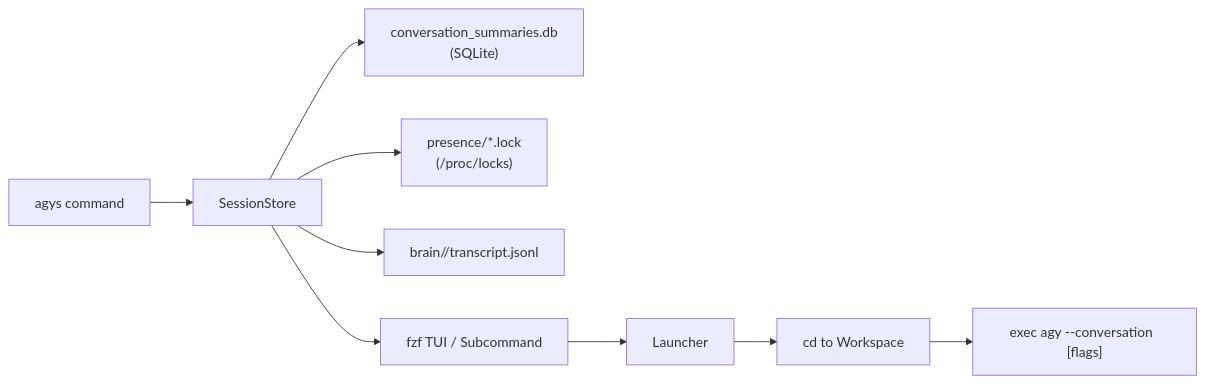
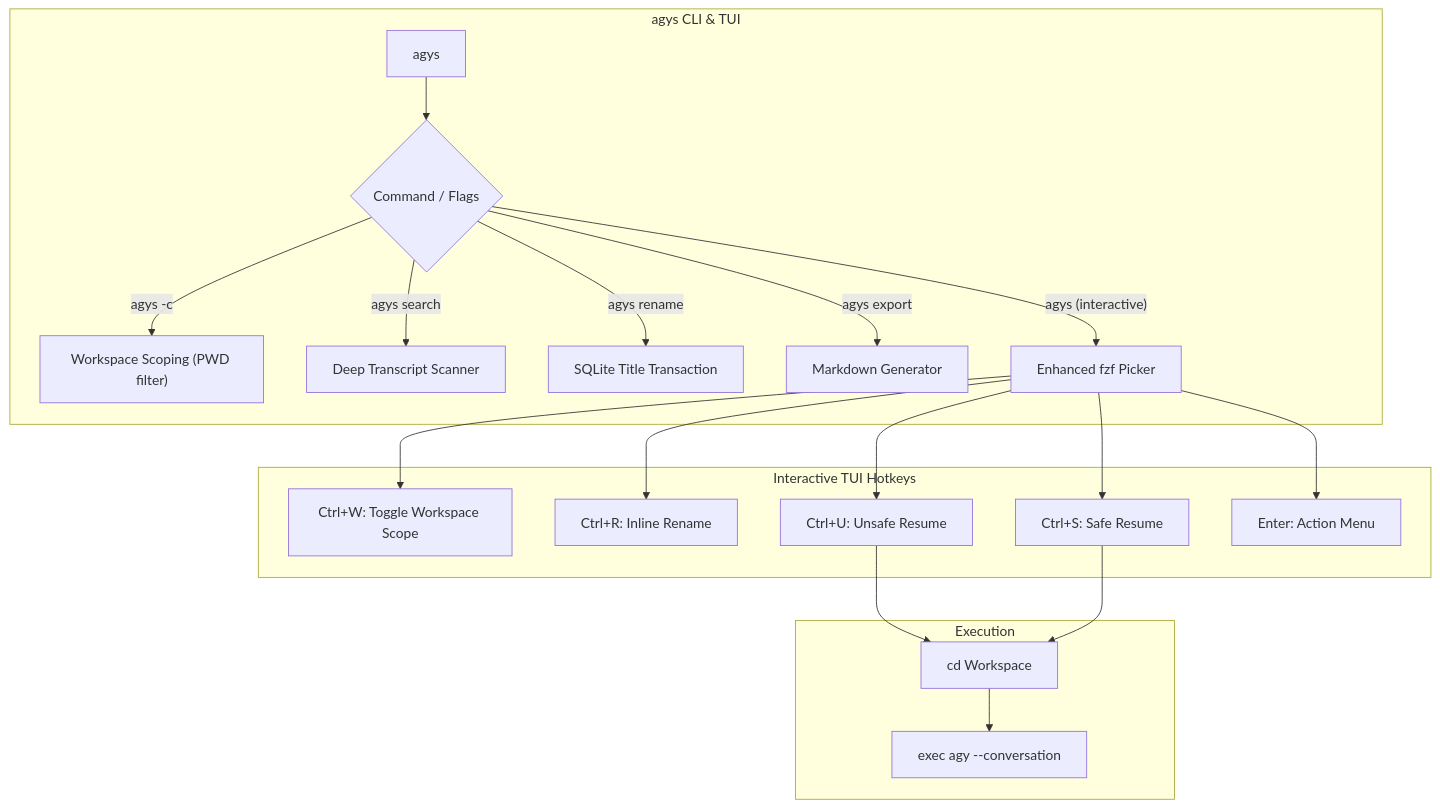
One commit to kdrai512/agy-sessions changed the diagram in README.md. Above: the diagram before and after it, drawn with Mermaid. The commit also changed other lines of this file and 6 other files, not shown here.

Commit message:
feat: implement workspace scoping, deep search, renaming, markdown export, and desktop spotlight

````diff
--- a/README.md
+++ b/README.md
@@ -178,11 +220,23 @@
 ```mermaid
-flowchart LR
-    A["agys command"] --> B["SessionStore"]
-    B --> C["conversation_summaries.db\n(SQLite)"]
-    B --> D["presence/*.lock\n(/proc/locks)"]
-    B --> E["brain/<id>/transcript.jsonl"]
-    B --> F["fzf TUI / Subcommand"]
-    F --> G["Launcher"]
-    G --> H["cd to Workspace"]
-    H --> I["exec agy --conversation <id> [flags]"]
+flowchart TD
+    subgraph CLI ["agys CLI & TUI"]
+        A["agys"] --> B{"Command / Flags"}
+        B -- "agys -c" --> C["Workspace Scoping (PWD filter)"]
+        B -- "agys search" --> D["Deep Transcript Scanner"]
+        B -- "agys rename" --> E["SQLite Title Transaction"]
+        B -- "agys export" --> F["Markdown Generator"]
+        B -- "agys (interactive)" --> G["Enhanced fzf Picker"]
+    end
+
+    subgraph Hotkeys ["Interactive TUI Hotkeys"]
+        G --> H["Ctrl+W: Toggle Workspace Scope"]
+        G --> I["Ctrl+R: Inline Rename"]
+        G --> J["Ctrl+U: Unsafe Resume"]
+        G --> K["Ctrl+S: Safe Resume"]
+        G --> L["Enter: Action Menu"]
+    end
+
+    subgraph Launch ["Execution"]
+        J & K --> M["cd Workspace"] --> N["exec agy --conversation <id>"]
+    end
 ```
````
